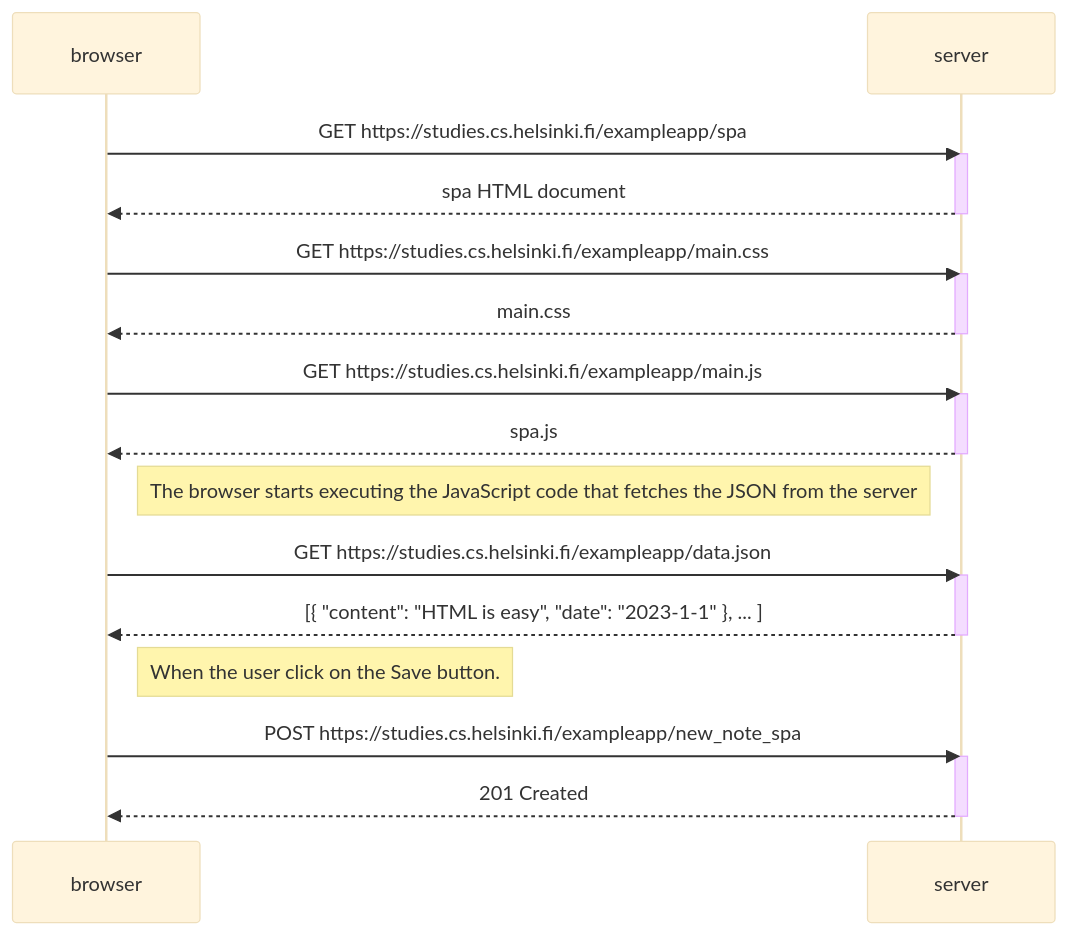
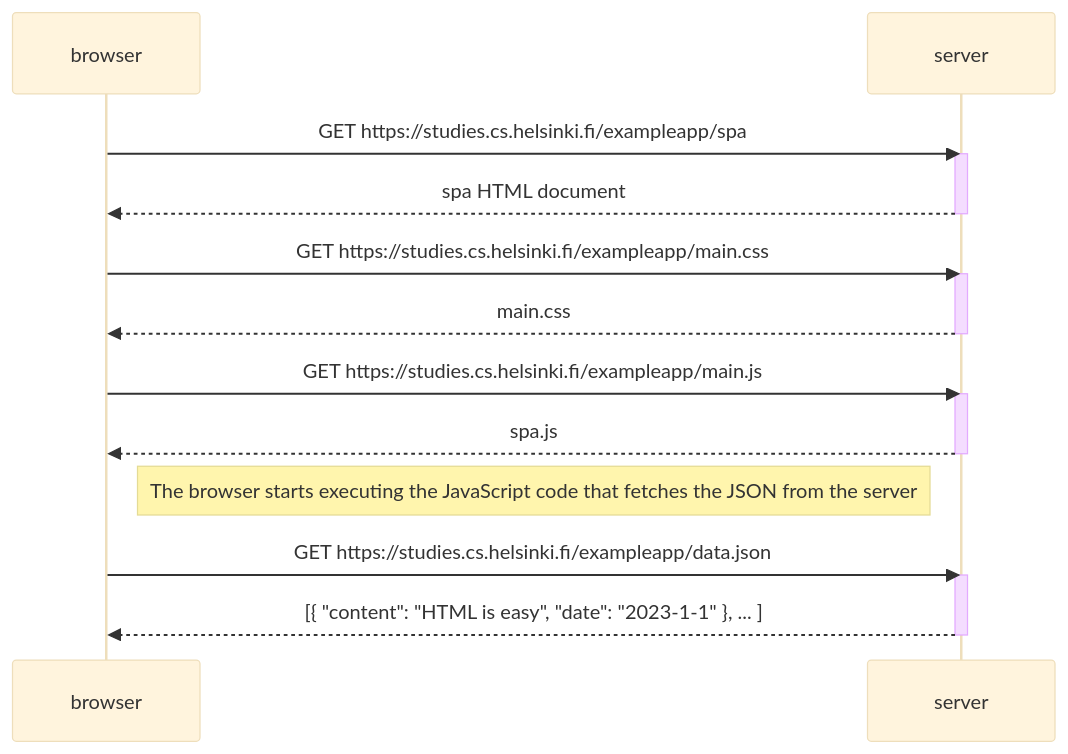
One commit to joanrates/FullstackOpenExercices changed the diagram in part0/p0ex5.md. Above: the diagram before and after it, drawn with Mermaid (base theme).

````diff
--- a/part0/p0ex5.md
+++ b/part0/p0ex5.md
@@ -3,34 +5,27 @@
 ```mermaid
 sequenceDiagram
     participant browser
     participant server
 
     browser->>server: GET https://studies.cs.helsinki.fi/exampleapp/spa
     activate server
     server-->>browser: spa HTML document
     deactivate server
 
     browser->>server: GET https://studies.cs.helsinki.fi/exampleapp/main.css
     activate server
     server-->>browser: main.css
     deactivate server
 
     browser->>server: GET https://studies.cs.helsinki.fi/exampleapp/main.js
     activate server
     server-->>browser: spa.js
     deactivate server
 
     Note right of browser: The browser starts executing the JavaScript code that fetches the JSON from the server
 
     browser->>server: GET https://studies.cs.helsinki.fi/exampleapp/data.json
     activate server
     server-->>browser: [{ "content": "HTML is easy", "date": "2023-1-1" }, ... ]
     deactivate server
-
-    Note right of browser: When the user click on the Save button.
-
-    browser->>server: POST https://studies.cs.helsinki.fi/exampleapp/new_note_spa
-    activate server
-    server-->>browser: 201 Created
-    deactivate server
 ```
````
